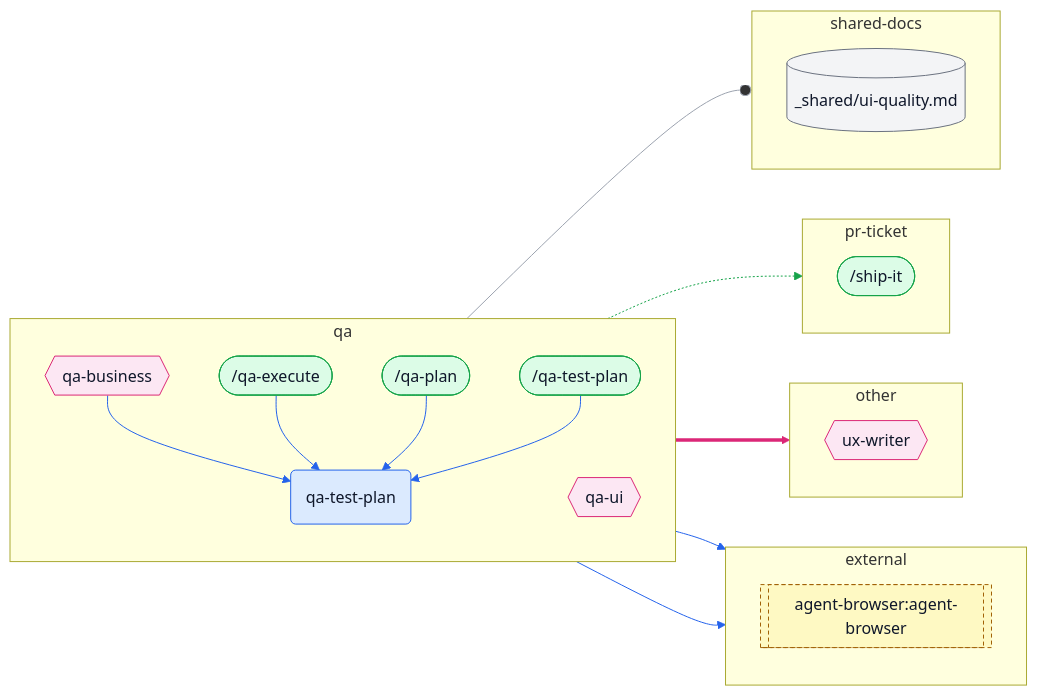
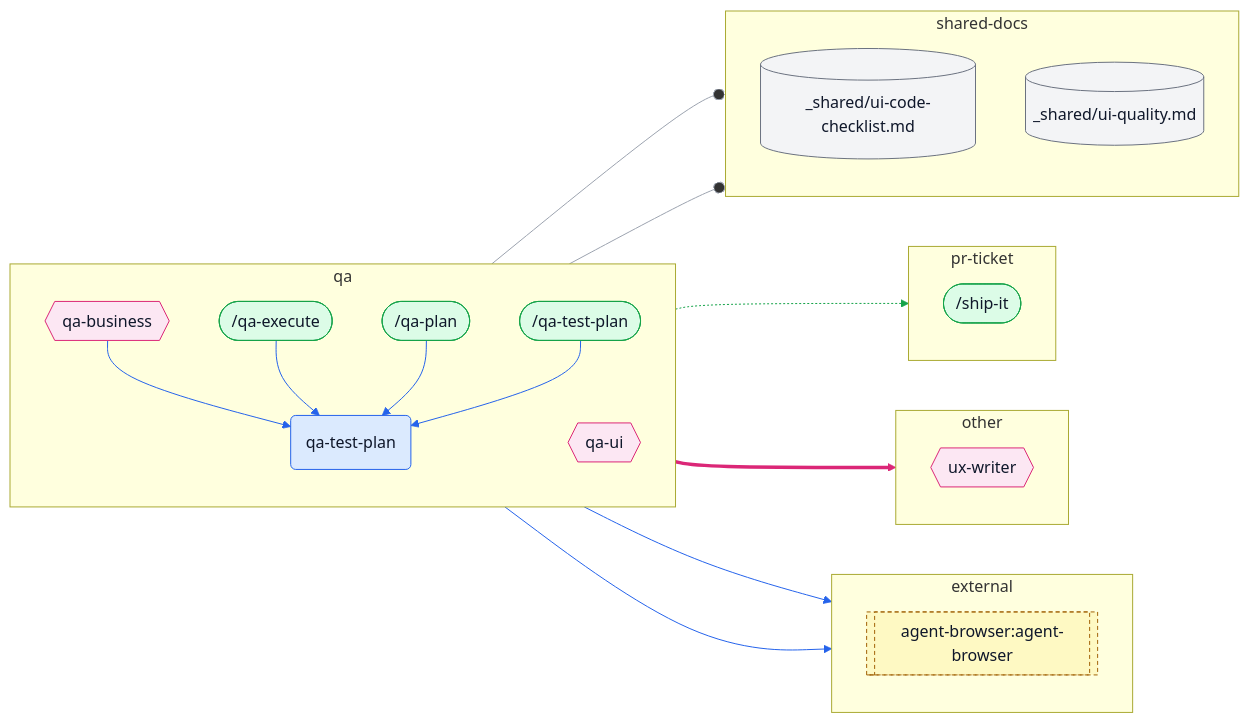
The sixth of 10 diagrams in docs/skills-map.md (ybarsotti/dotfiles), drawn with Mermaid before and after one commit. The commit also changed other lines of this file and 12 other files, not shown here.

First line of the commit message:
feat(quality): add motion, code checklist and Postgres rules from research

````diff
--- a/docs/skills-map.md
+++ b/docs/skills-map.md
@@ -733,52 +733,55 @@
 ```mermaid
 flowchart LR
   subgraph cl_external["external"]
     direction TB
     x_agent_browser_agent_browser[["agent-browser:agent-browser"]]:::external
   end
   subgraph cl_other["other"]
     direction TB
     a_ux_writer{{"ux-writer"}}:::agent
   end
   subgraph cl_pr_ticket["pr-ticket"]
     direction TB
     c_ship_it(["/ship-it"]):::command
   end
   subgraph cl_qa["qa"]
     direction TB
     c_qa_execute(["/qa-execute"]):::command
     c_qa_plan(["/qa-plan"]):::command
     c_qa_test_plan(["/qa-test-plan"]):::command
     s_qa_test_plan("qa-test-plan"):::skill
     a_qa_business{{"qa-business"}}:::agent
     a_qa_ui{{"qa-ui"}}:::agent
   end
   subgraph cl_shared_docs["shared-docs"]
     direction TB
+    d_ui_code_checklist[("_shared/ui-code-checklist.md")]:::shared
     d_ui_quality[("_shared/ui-quality.md")]:::shared
   end
   a_qa_business --> s_qa_test_plan
   a_qa_business --> x_agent_browser_agent_browser
   a_qa_ui ==> a_ux_writer
   a_qa_ui -.-> c_ship_it
+  a_qa_ui --o d_ui_code_checklist
   a_qa_ui --o d_ui_quality
   a_qa_ui --> x_agent_browser_agent_browser
   c_qa_execute --> s_qa_test_plan
   c_qa_plan --> s_qa_test_plan
   c_qa_test_plan --> s_qa_test_plan
   linkStyle 0 stroke:#2563eb
   linkStyle 1 stroke:#2563eb
   linkStyle 2 stroke:#db2777
   linkStyle 3 stroke:#16a34a
   linkStyle 4 stroke:#9ca3af
-  linkStyle 5 stroke:#2563eb
+  linkStyle 5 stroke:#9ca3af
   linkStyle 6 stroke:#2563eb
   linkStyle 7 stroke:#2563eb
   linkStyle 8 stroke:#2563eb
+  linkStyle 9 stroke:#2563eb
   classDef skill fill:#dbeafe,stroke:#2563eb,color:#0f172a
   classDef command fill:#dcfce7,stroke:#16a34a,color:#0f172a
   classDef agent fill:#fce7f3,stroke:#db2777,color:#0f172a
   classDef shared fill:#f3f4f6,stroke:#6b7280,color:#0f172a
   classDef external fill:#fef9c3,stroke:#a16207,color:#0f172a,stroke-dasharray:4 3
   classDef step fill:#ffffff,stroke:#6b7280,color:#0f172a,stroke-dasharray:2 2
 ```
````
